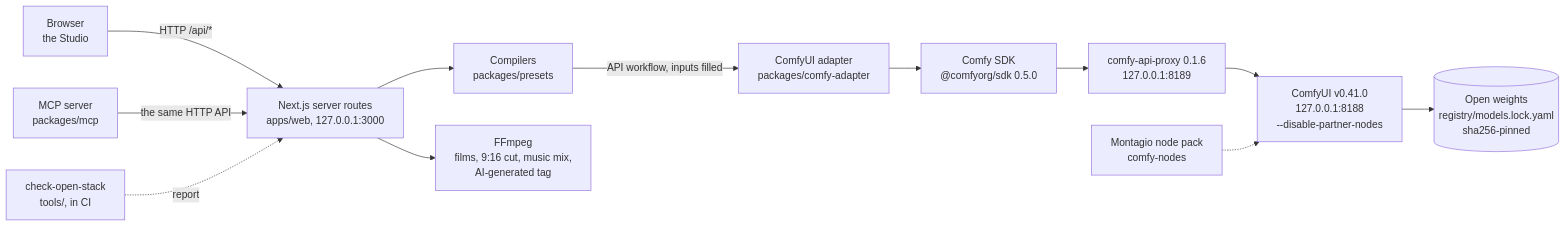
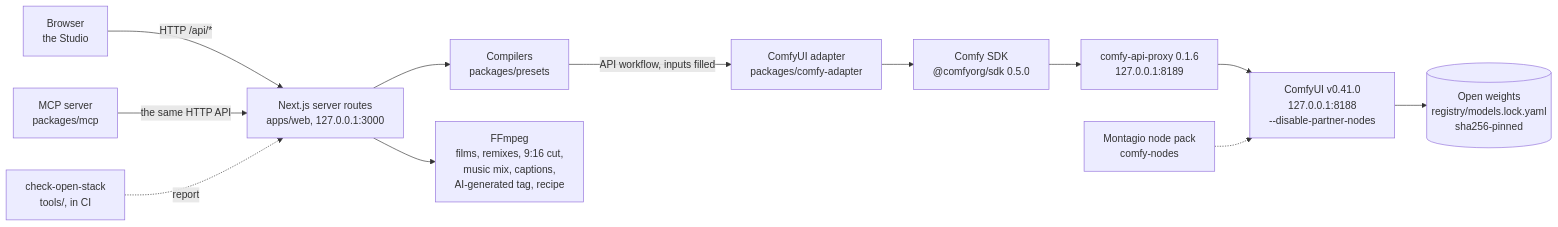
The diagram in docs/BUILD_NOTES.md (Jubzh-29/montagio), drawn with Mermaid before and after one commit. The commit also changed other lines of this file and 31 other files, not shown here.

````diff
--- a/docs/BUILD_NOTES.md
+++ b/docs/BUILD_NOTES.md
@@ -11,14 +11,14 @@
 ```mermaid
 flowchart LR
   browser["Browser<br/>the Studio"] -->|"HTTP /api/*"| server["Next.js server routes<br/>apps/web, 127.0.0.1:3000"]
   mcp["MCP server<br/>packages/mcp"] -->|"the same HTTP API"| server
   server --> compiler["Compilers<br/>packages/presets"]
   compiler -->|"API workflow, inputs filled"| adapter["ComfyUI adapter<br/>packages/comfy-adapter"]
   adapter --> sdk["Comfy SDK<br/>@comfyorg/sdk 0.5.0"]
   sdk --> proxy["comfy-api-proxy 0.1.6<br/>127.0.0.1:8189"]
   proxy --> comfy["ComfyUI v0.41.0<br/>127.0.0.1:8188<br/>--disable-partner-nodes"]
   comfy --> weights[("Open weights<br/>registry/models.lock.yaml<br/>sha256-pinned")]
   pack["Montagio node pack<br/>comfy-nodes"] -.-> comfy
-  server --> ffmpeg["FFmpeg<br/>films, 9:16 cut, music mix,<br/>AI-generated tag"]
+  server --> ffmpeg["FFmpeg<br/>films, remixes, 9:16 cut,<br/>music mix, captions,<br/>AI-generated tag, recipe"]
   check["check-open-stack<br/>tools/, in CI"] -.->|"report"| server
 ```
````
